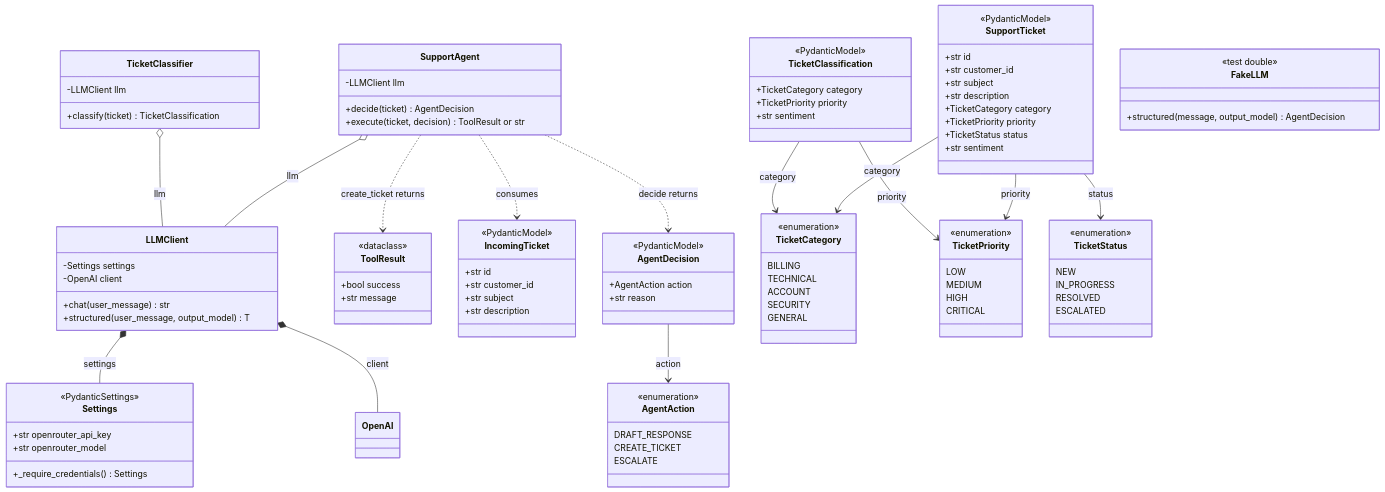
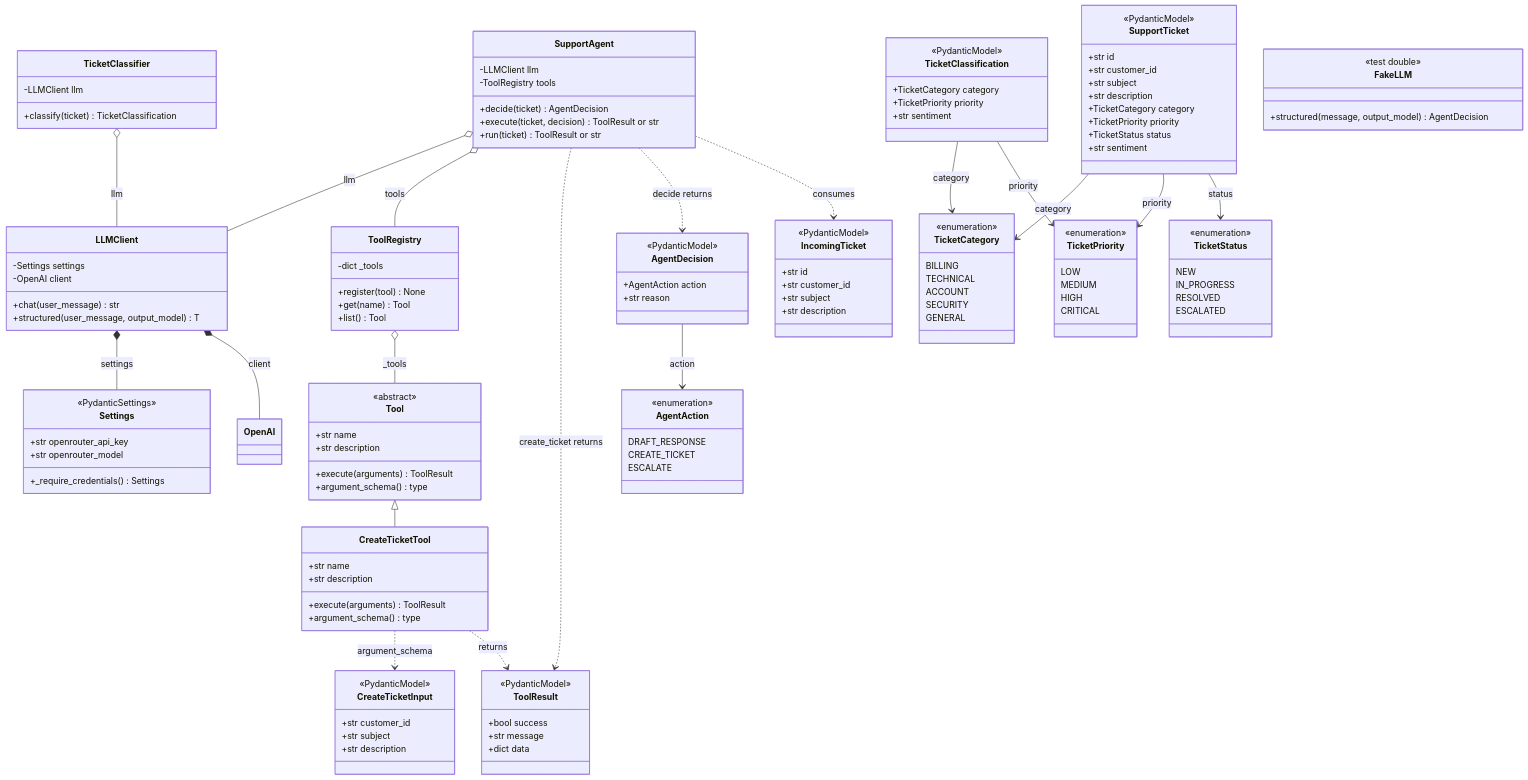
One commit to mezni/data-helpers changed the first of 3 diagrams in docs/class-diagram.md. Above: the diagram before and after it, drawn with Mermaid. The commit also changed other lines of this file and 4 other files, not shown here.

Commit message:
Add tool architecture

```diff
--- a/docs/class-diagram.md
+++ b/docs/class-diagram.md
@@ -28,21 +28,53 @@
         +structured(user_message, output_model) T
     }
 
+    class SupportAgent {
+        -LLMClient llm
+        -ToolRegistry tools
+        +decide(ticket) AgentDecision
+        +execute(ticket, decision) ToolResult or str
+        +run(ticket) ToolResult or str
+    }
+
     class TicketClassifier {
         -LLMClient llm
         +classify(ticket) TicketClassification
     }
 
-    class SupportAgent {
-        -LLMClient llm
-        +decide(ticket) AgentDecision
-        +execute(ticket, decision) ToolResult or str
+    class ToolRegistry {
+        -dict _tools
+        +register(tool) None
+        +get(name) Tool
+        +list() Tool
+    }
+
+    class Tool {
+        <<abstract>>
+        +str name
+        +str description
+        +execute(arguments) ToolResult
+        +argument_schema() type
+    }
+
+    class CreateTicketTool {
+        +str name
+        +str description
+        +execute(arguments) ToolResult
+        +argument_schema() type
+    }
+
+    class CreateTicketInput {
+        <<PydanticModel>>
+        +str customer_id
+        +str subject
+        +str description
     }
 
     class ToolResult {
-        <<dataclass>>
+        <<PydanticModel>>
         +bool success
         +str message
+        +dict data
     }
 
     class IncomingTicket {
@@ -119,9 +151,14 @@
     LLMClient *-- OpenAI : client
     TicketClassifier o-- LLMClient : llm
     SupportAgent o-- LLMClient : llm
+    SupportAgent o-- ToolRegistry : tools
+    ToolRegistry o-- Tool : _tools
+    Tool <|-- CreateTicketTool
+    CreateTicketTool ..> CreateTicketInput : argument_schema
+    CreateTicketTool ..> ToolResult : returns
+    SupportAgent ..> ToolResult : create_ticket returns
     SupportAgent ..> AgentDecision : decide returns
     SupportAgent ..> IncomingTicket : consumes
-    SupportAgent ..> ToolResult : create_ticket returns
     AgentDecision --> AgentAction : action
     TicketClassification --> TicketCategory : category
     TicketClassification --> TicketPriority : priority
```
